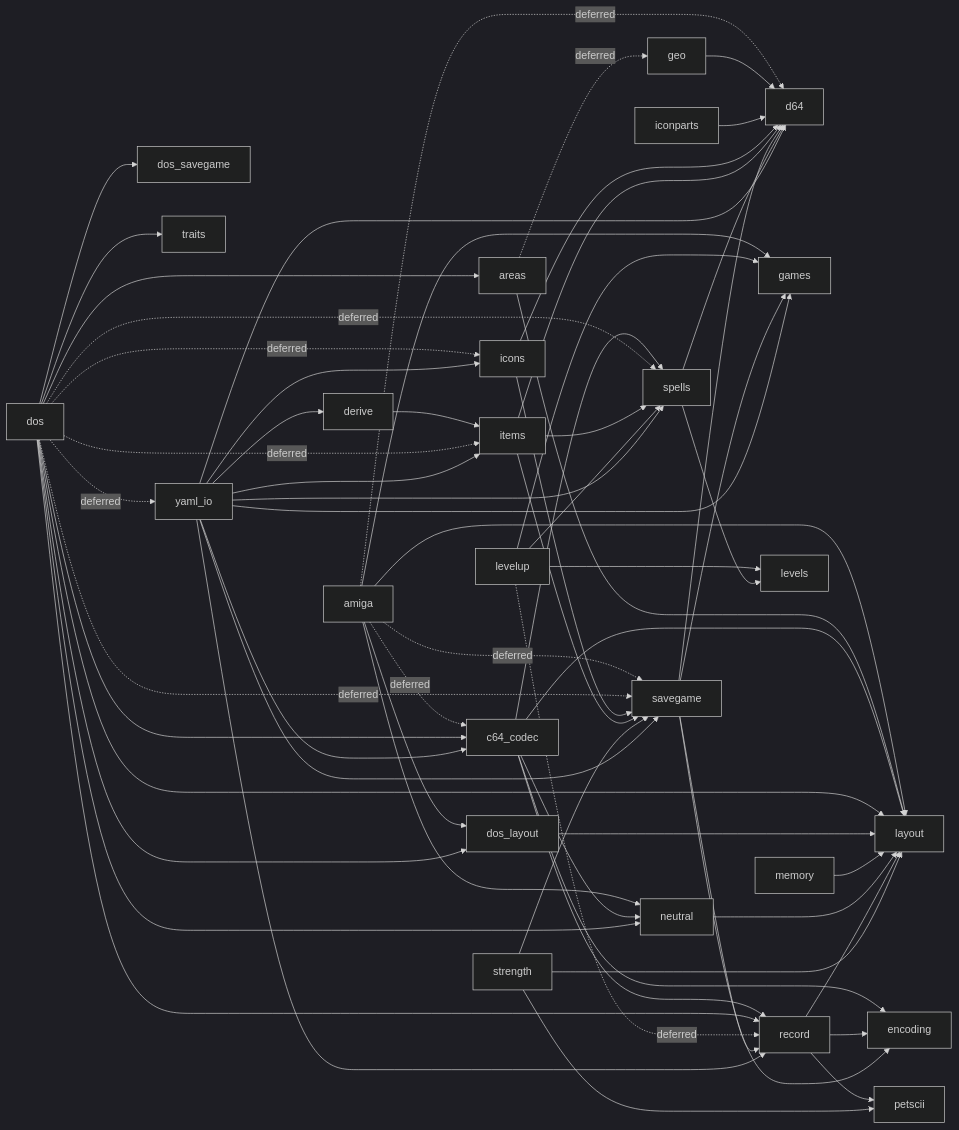
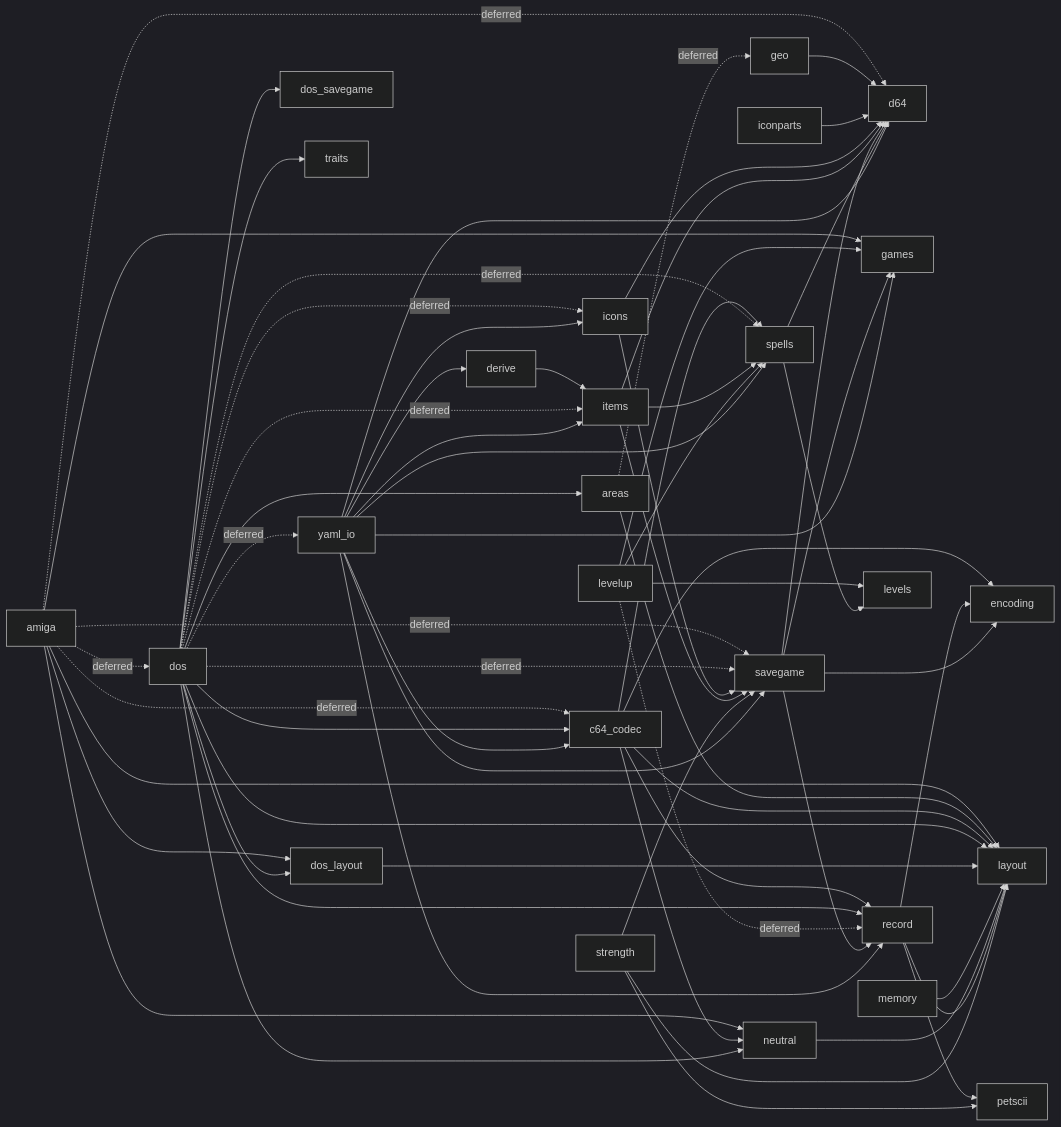
The fourth of 4 diagrams in docs/117-save-conversion.md (malcyon/wish), drawn with Mermaid (dark theme) before and after one commit. The commit also changed 3 other files, not shown here.

````diff
--- a/docs/117-save-conversion.md
+++ b/docs/117-save-conversion.md
@@ -1268,66 +1268,67 @@
 ```mermaid
 graph LR
   amiga -.->|deferred| c64_codec
   amiga -.->|deferred| d64
+  amiga -.->|deferred| dos
   amiga --> dos_layout
   amiga --> games
   amiga --> layout
   amiga --> neutral
   amiga -.->|deferred| savegame
   areas -.->|deferred| geo
   areas --> layout
   c64_codec --> encoding
   c64_codec --> layout
   c64_codec --> neutral
   c64_codec --> record
   c64_codec --> spells
   derive --> items
   dos --> areas
   dos --> c64_codec
   dos --> dos_layout
   dos --> dos_savegame
   dos -.->|deferred| icons
   dos -.->|deferred| items
   dos --> layout
   dos --> neutral
   dos --> record
   dos -.->|deferred| savegame
   dos -.->|deferred| spells
   dos --> traits
   dos -.->|deferred| yaml_io
   dos_layout --> layout
   geo --> d64
   iconparts --> d64
   icons --> d64
   icons --> savegame
   items --> d64
   items --> savegame
   items --> spells
   levelup --> games
   levelup --> levels
   levelup -.->|deferred| record
   levelup --> spells
   memory --> layout
   neutral --> layout
   record --> encoding
   record --> layout
   record --> petscii
   savegame --> d64
   savegame --> encoding
   savegame --> games
   savegame --> record
   spells --> d64
   spells --> levels
   strength --> layout
   strength --> petscii
   strength --> savegame
   yaml_io --> c64_codec
   yaml_io --> d64
   yaml_io --> derive
   yaml_io --> games
   yaml_io --> icons
   yaml_io --> items
   yaml_io --> record
   yaml_io --> savegame
   yaml_io --> spells
 ```
````
